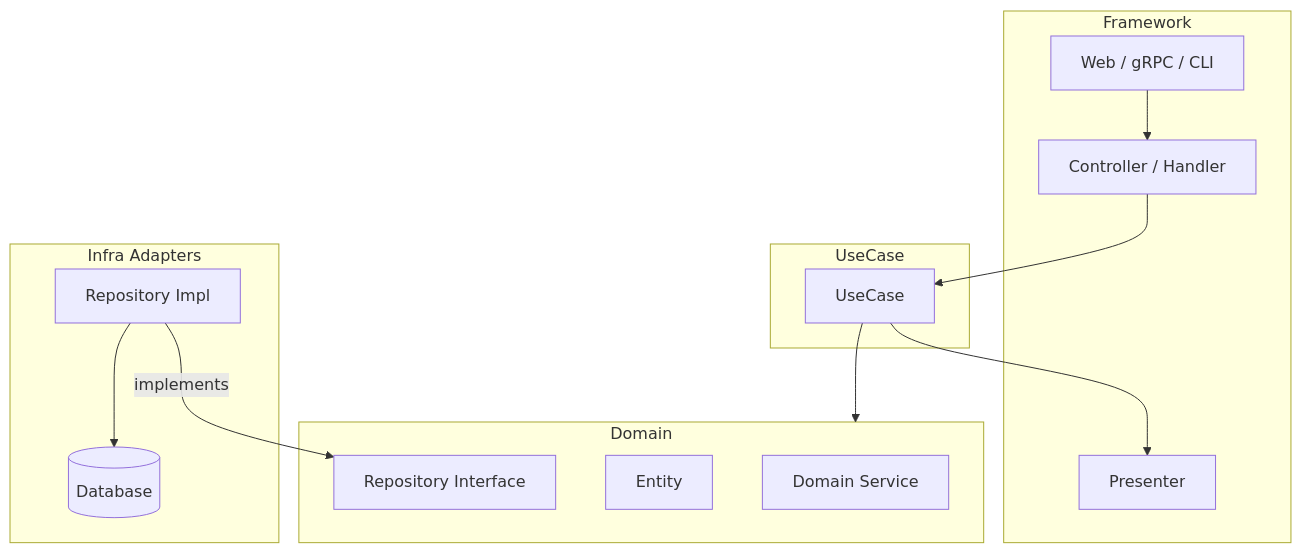
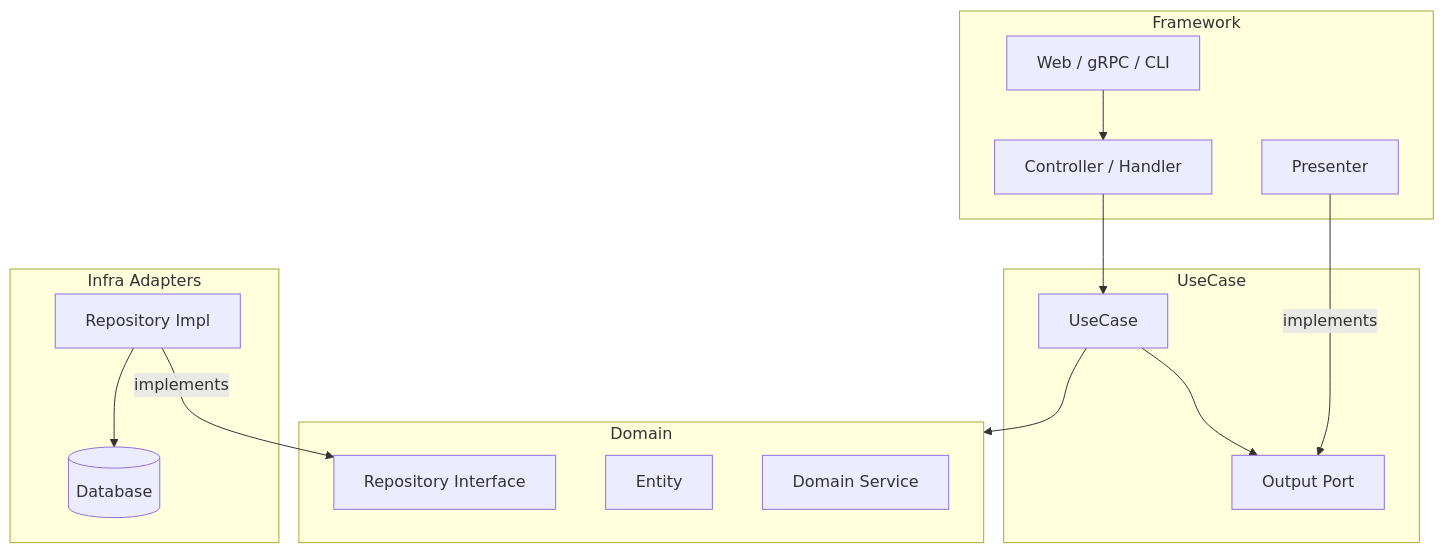
Before and after one commit to sokoide/workshop: the diagram in software/clean_arch_ja.md, drawn with Mermaid. The commit also changed 9 other files, not shown here.

````diff
--- a/software/clean_arch_ja.md
+++ b/software/clean_arch_ja.md
@@ -9,31 +9,33 @@
 ```mermaid
 graph TD
     subgraph FrameworkLayer [Framework]
         Web[Web / gRPC / CLI]
         Controller[Controller / Handler]
         Presenter[Presenter]
     end
 
     subgraph UseCaseLayer [UseCase]
         UC[UseCase]
+        OP[Output Port]
     end
 
     subgraph DomainLayer [Domain]
         DS[Domain Service]
         E[Entity]
         RI[Repository Interface]
     end
 
     subgraph InfraLayer [Infra Adapters]
         RI_Impl[Repository Impl]
         DB[(Database)]
     end
 
     %% 依存関係
     Web --> Controller
     Controller --> UC
     UC --> DomainLayer
     RI_Impl -- "implements" --> RI
     RI_Impl --> DB
-    UC --> Presenter
+    UC --> OP
+    Presenter -- "implements" --> OP
 ```
````
